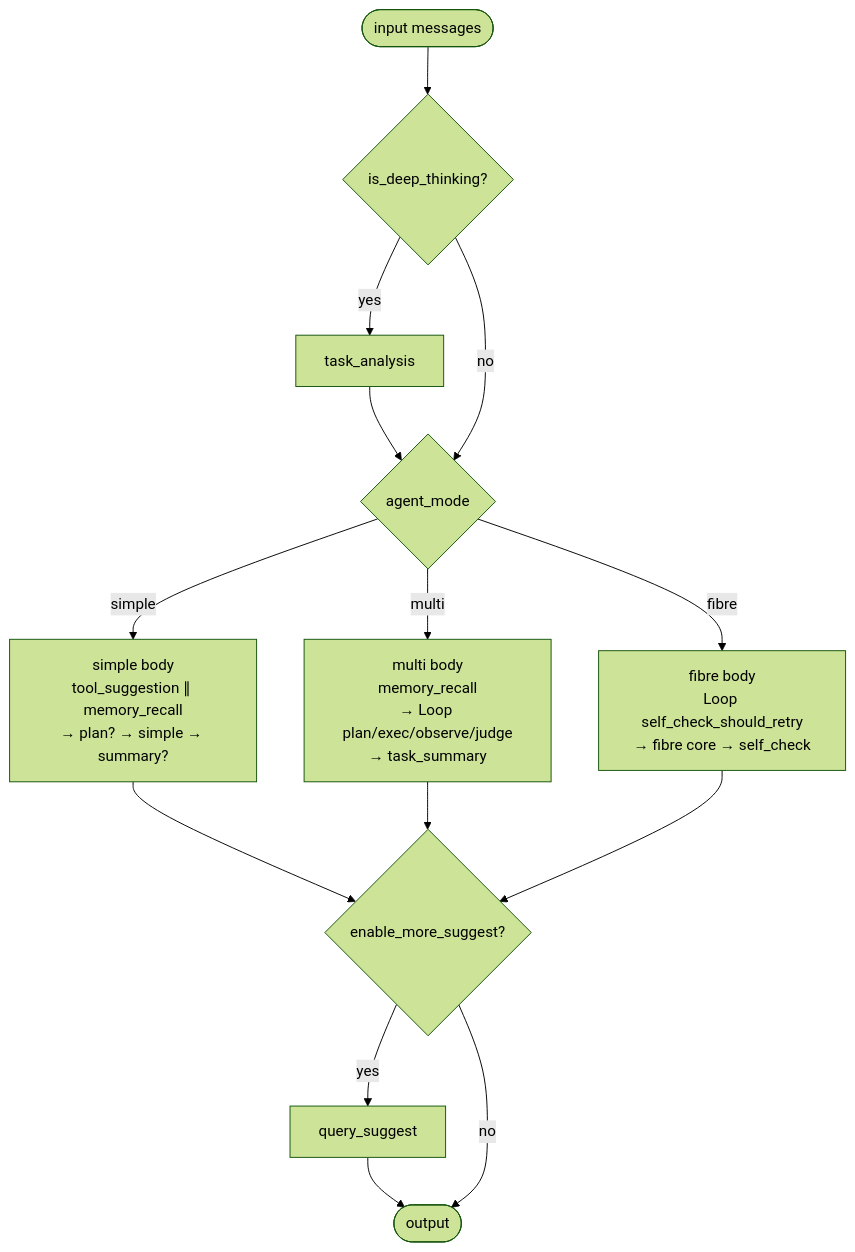
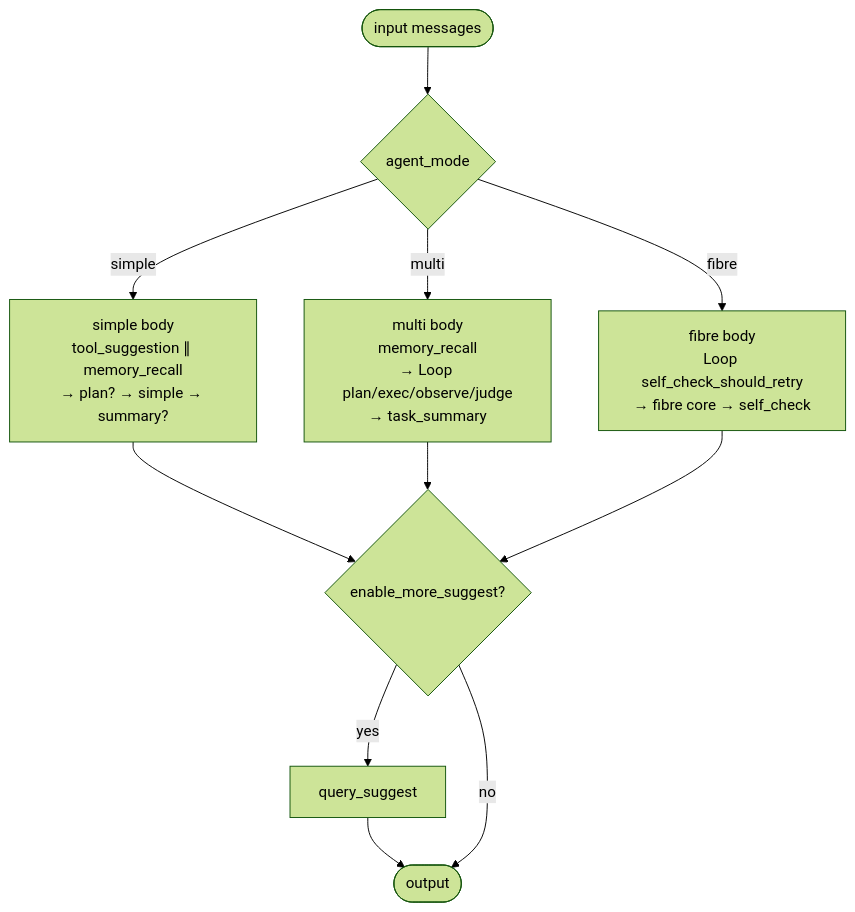
The fifth of 7 diagrams in docs/en/architecture/ARCHITECTURE_SAGENTS_OVERVIEW.md (ZHangZHengEric/Sage), drawn with Mermaid (forest theme) before and after one commit. The commit also changed other lines of this file and 61 other files, not shown here.

````diff
--- a/docs/en/architecture/ARCHITECTURE_SAGENTS_OVERVIEW.md
+++ b/docs/en/architecture/ARCHITECTURE_SAGENTS_OVERVIEW.md
@@ -153,16 +153,13 @@
 ```mermaid
 flowchart TB
-    Start([input messages]) --> DT{is_deep_thinking?}
-    DT -->|yes| Analysis[task_analysis] --> Sw
-    DT -->|no| Sw
-    Sw{agent_mode}
+    Start([input messages]) --> Sw{agent_mode}
     Sw -->|simple| Simple[simple body<br/>tool_suggestion ∥ memory_recall<br/>→ plan? → simple → summary?]
     Sw -->|multi| Multi[multi body<br/>memory_recall<br/>→ Loop plan/exec/observe/judge<br/>→ task_summary]
     Sw -->|fibre| Fibre[fibre body<br/>Loop self_check_should_retry<br/>→ fibre core → self_check]
     Simple --> More
     Multi --> More
     Fibre --> More
     More{enable_more_suggest?}
     More -->|yes| Sug[query_suggest] --> End([output])
     More -->|no| End
 ```
````
